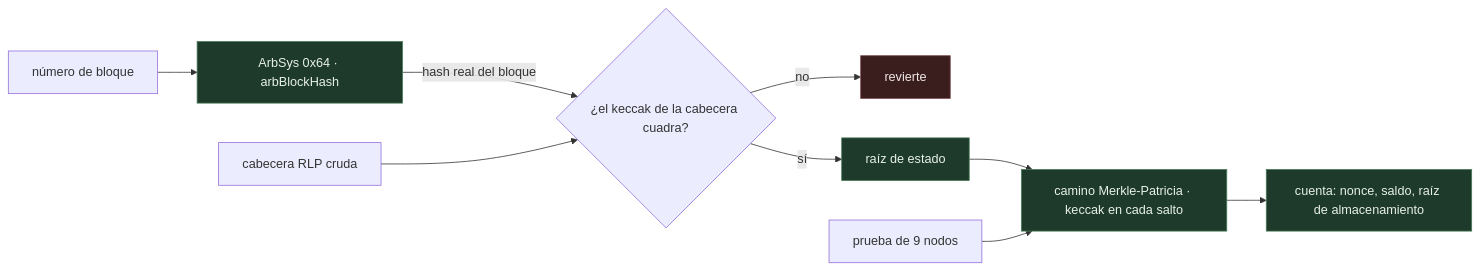
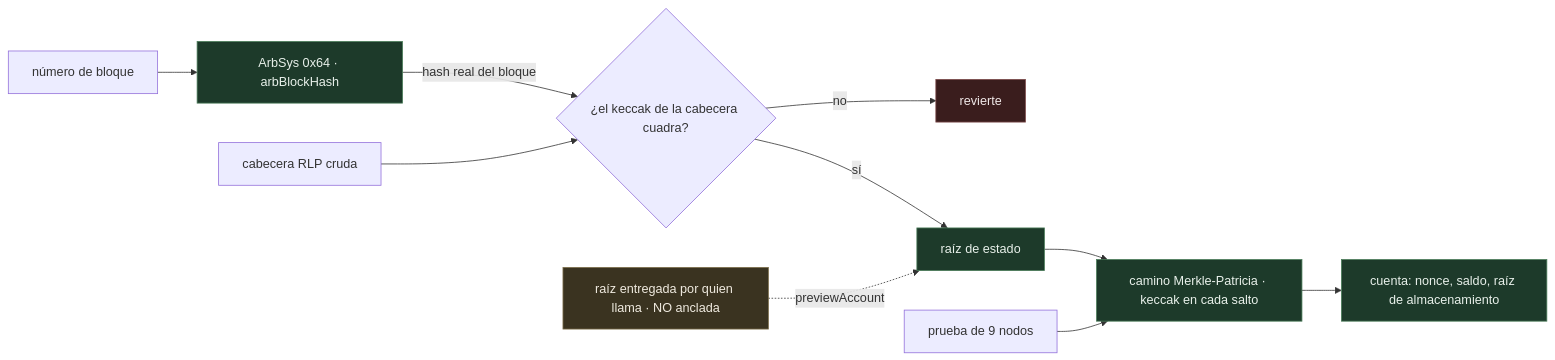
The second of 6 diagrams in docs/ARCHITECTURE.md (kasbsquall/remand), drawn with Mermaid before and after one commit. The commit also changed other lines of this file and 1 other file, not shown here.

````diff
--- a/docs/ARCHITECTURE.md
+++ b/docs/ARCHITECTURE.md
@@ -87,16 +87,19 @@
 ```mermaid
 flowchart LR
     NUM["número de bloque"] --> ARB["ArbSys 0x64 · arbBlockHash"]
     ARB -->|"hash real del bloque"| CMP{"¿el keccak de la cabecera cuadra?"}
     RLP["cabecera RLP cruda"] --> CMP
     CMP -->|"no"| ERR["revierte"]
     CMP -->|"sí"| ROOT["raíz de estado"]
+    EXT["raíz entregada por quien llama · NO anclada"] -.->|"previewAccount"| ROOT
     ROOT --> MPT["camino Merkle-Patricia · keccak en cada salto"]
     PRB["prueba de 9 nodos"] --> MPT
     MPT --> CTA["cuenta: nonce, saldo, raíz de almacenamiento"]
 
     classDef chain fill:#1d3a2a,stroke:#4a7c59,color:#e8f0ea
     classDef bad fill:#3a1d1d,stroke:#7c4a4a,color:#f0e8e8
+    classDef warn fill:#3a3320,stroke:#7c6e4a,color:#f0ebe0
     class ARB,ROOT,MPT,CTA chain
     class ERR bad
+    class EXT warn
 ```
````
